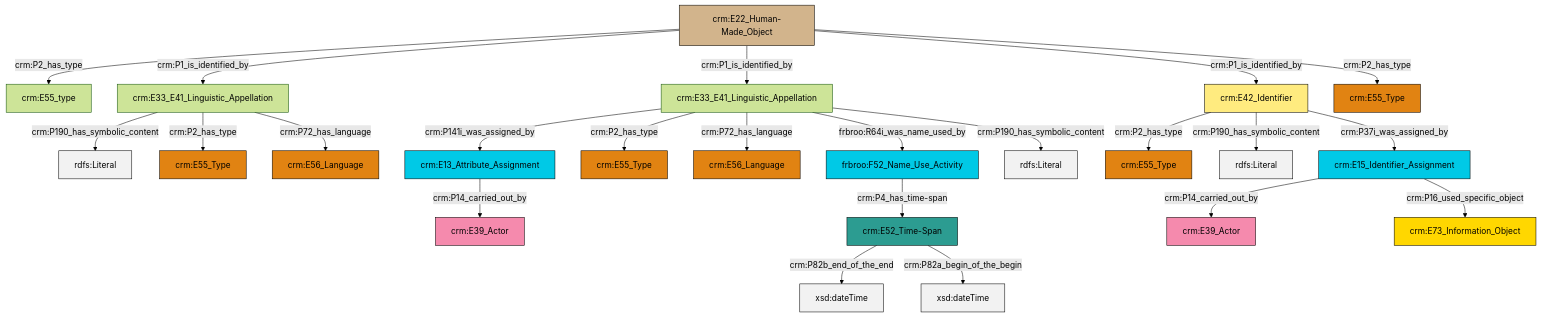
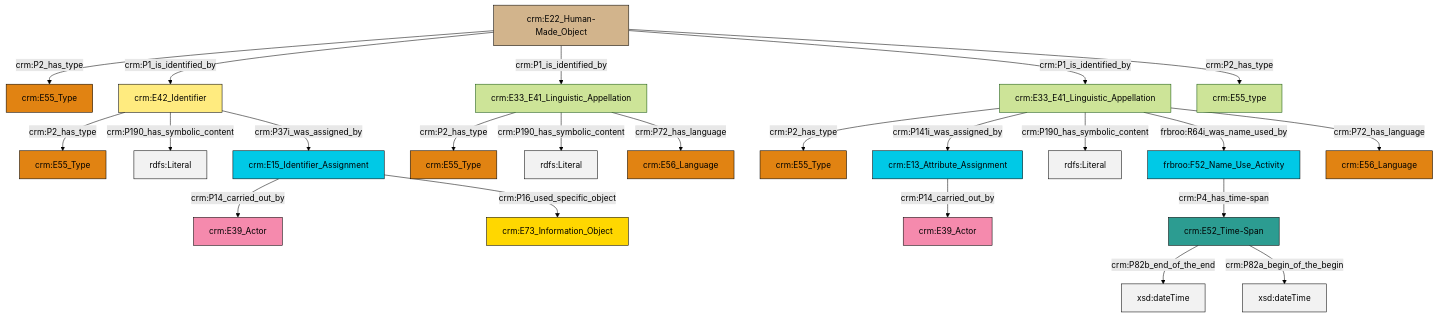
Before and after one commit to swiss-art-research-net/reference-data-models: the diagram in et/artworkCSV/ttl/mmd/Artwork_Name.ttl.mmd, drawn with Mermaid (forest theme). The commit also changed 125 other files, not shown here.

```diff
--- a/et/artworkCSV/ttl/mmd/Artwork_Name.ttl.mmd
+++ b/et/artworkCSV/ttl/mmd/Artwork_Name.ttl.mmd
@@ -1,37 +1,37 @@
 graph TD
 classDef Literal fill:#f2f2f2,stroke:#000000;
 classDef CRM_Entity fill:#FFFFFF,stroke:#000000;
 classDef Temporal_Entity fill:#00C9E6, stroke:#000000;
 classDef Type fill:#E18312, stroke:#000000;
 classDef Time-Span fill:#2C9C91, stroke:#000000;
 classDef Appellation fill:#FFEB7F, stroke:#000000;
 classDef Place fill:#008836, stroke:#000000;
 classDef Persistent_Item fill:#B266B2, stroke:#000000;
 classDef Conceptual_Object fill:#FFD700, stroke:#000000;
 classDef Physical_Thing fill:#D2B48C, stroke:#000000;
 classDef Actor fill:#f58aad, stroke:#000000;
 classDef PC_Classes fill:#4ce600, stroke:#000000;
 classDef Multi fill:#cccccc,stroke:#000000;
 
-0["crm:E15_Identifier_Assignment"]:::Temporal_Entity -->|crm:P14_carried_out_by| 1["crm:E39_Actor"]:::Actor
-2["crm:E33_E41_Linguistic_Appellation"]:::Default -->|crm:P190_has_symbolic_content| 3[rdfs:Literal]:::Literal
-0["crm:E15_Identifier_Assignment"]:::Temporal_Entity -->|crm:P16_used_specific_object| 4["crm:E73_Information_Object"]:::Conceptual_Object
-10["crm:E33_E41_Linguistic_Appellation"]:::Default -->|crm:P141i_was_assigned_by| 11["crm:E13_Attribute_Assignment"]:::Temporal_Entity
-11["crm:E13_Attribute_Assignment"]:::Temporal_Entity -->|crm:P14_carried_out_by| 17["crm:E39_Actor"]:::Actor
-20["frbroo:F52_Name_Use_Activity"]:::Temporal_Entity -->|crm:P4_has_time-span| 5["crm:E52_Time-Span"]:::Time-Span
-5["crm:E52_Time-Span"]:::Time-Span -->|crm:P82b_end_of_the_end| 23[xsd:dateTime]:::Literal
-8["crm:E22_Human-Made_Object"]:::Physical_Thing -->|crm:P2_has_type| 25["crm:E55_type"]:::Default
-10["crm:E33_E41_Linguistic_Appellation"]:::Default -->|crm:P2_has_type| 18["crm:E55_Type"]:::Type
-8["crm:E22_Human-Made_Object"]:::Physical_Thing -->|crm:P1_is_identified_by| 2["crm:E33_E41_Linguistic_Appellation"]:::Default
-28["crm:E42_Identifier"]:::Appellation -->|crm:P2_has_type| 26["crm:E55_Type"]:::Type
-5["crm:E52_Time-Span"]:::Time-Span -->|crm:P82a_begin_of_the_begin| 31[xsd:dateTime]:::Literal
-10["crm:E33_E41_Linguistic_Appellation"]:::Default -->|crm:P72_has_language| 13["crm:E56_Language"]:::Type
-10["crm:E33_E41_Linguistic_Appellation"]:::Default -->|frbroo:R64i_was_name_used_by| 20["frbroo:F52_Name_Use_Activity"]:::Temporal_Entity
-28["crm:E42_Identifier"]:::Appellation -->|crm:P190_has_symbolic_content| 33[rdfs:Literal]:::Literal
-2["crm:E33_E41_Linguistic_Appellation"]:::Default -->|crm:P2_has_type| 29["crm:E55_Type"]:::Type
-10["crm:E33_E41_Linguistic_Appellation"]:::Default -->|crm:P190_has_symbolic_content| 34[rdfs:Literal]:::Literal
-8["crm:E22_Human-Made_Object"]:::Physical_Thing -->|crm:P1_is_identified_by| 10["crm:E33_E41_Linguistic_Appellation"]:::Default
-8["crm:E22_Human-Made_Object"]:::Physical_Thing -->|crm:P1_is_identified_by| 28["crm:E42_Identifier"]:::Appellation
-8["crm:E22_Human-Made_Object"]:::Physical_Thing -->|crm:P2_has_type| 21["crm:E55_Type"]:::Type
-2["crm:E33_E41_Linguistic_Appellation"]:::Default -->|crm:P72_has_language| 15["crm:E56_Language"]:::Type
-28["crm:E42_Identifier"]:::Appellation -->|crm:P37i_was_assigned_by| 0["crm:E15_Identifier_Assignment"]:::Temporal_Entity
+0["crm:E22_Human-Made_Object"]:::Physical_Thing -->|crm:P2_has_type| 1["crm:E55_Type"]:::Type
+7["crm:E33_E41_Linguistic_Appellation"]:::Default -->|crm:P2_has_type| 3["crm:E55_Type"]:::Type
+8["crm:E33_E41_Linguistic_Appellation"]:::Default -->|crm:P2_has_type| 9["crm:E55_Type"]:::Type
+14["crm:E52_Time-Span"]:::Time-Span -->|crm:P82b_end_of_the_end| 15[xsd:dateTime]:::Literal
+19["crm:E42_Identifier"]:::Appellation -->|crm:P2_has_type| 12["crm:E55_Type"]:::Type
+19["crm:E42_Identifier"]:::Appellation -->|crm:P190_has_symbolic_content| 20[rdfs:Literal]:::Literal
+0["crm:E22_Human-Made_Object"]:::Physical_Thing -->|crm:P1_is_identified_by| 19["crm:E42_Identifier"]:::Appellation
+24["crm:E13_Attribute_Assignment"]:::Temporal_Entity -->|crm:P14_carried_out_by| 5["crm:E39_Actor"]:::Actor
+26["frbroo:F52_Name_Use_Activity"]:::Temporal_Entity -->|crm:P4_has_time-span| 14["crm:E52_Time-Span"]:::Time-Span
+0["crm:E22_Human-Made_Object"]:::Physical_Thing -->|crm:P1_is_identified_by| 7["crm:E33_E41_Linguistic_Appellation"]:::Default
+17["crm:E15_Identifier_Assignment"]:::Temporal_Entity -->|crm:P14_carried_out_by| 28["crm:E39_Actor"]:::Actor
+8["crm:E33_E41_Linguistic_Appellation"]:::Default -->|crm:P141i_was_assigned_by| 24["crm:E13_Attribute_Assignment"]:::Temporal_Entity
+19["crm:E42_Identifier"]:::Appellation -->|crm:P37i_was_assigned_by| 17["crm:E15_Identifier_Assignment"]:::Temporal_Entity
+8["crm:E33_E41_Linguistic_Appellation"]:::Default -->|crm:P190_has_symbolic_content| 29[rdfs:Literal]:::Literal
+14["crm:E52_Time-Span"]:::Time-Span -->|crm:P82a_begin_of_the_begin| 32[xsd:dateTime]:::Literal
+0["crm:E22_Human-Made_Object"]:::Physical_Thing -->|crm:P1_is_identified_by| 8["crm:E33_E41_Linguistic_Appellation"]:::Default
+8["crm:E33_E41_Linguistic_Appellation"]:::Default -->|frbroo:R64i_was_name_used_by| 26["frbroo:F52_Name_Use_Activity"]:::Temporal_Entity
+17["crm:E15_Identifier_Assignment"]:::Temporal_Entity -->|crm:P16_used_specific_object| 21["crm:E73_Information_Object"]:::Conceptual_Object
+0["crm:E22_Human-Made_Object"]:::Physical_Thing -->|crm:P2_has_type| 10["crm:E55_type"]:::Default
+8["crm:E33_E41_Linguistic_Appellation"]:::Default -->|crm:P72_has_language| 36["crm:E56_Language"]:::Type
+7["crm:E33_E41_Linguistic_Appellation"]:::Default -->|crm:P190_has_symbolic_content| 40[rdfs:Literal]:::Literal
+7["crm:E33_E41_Linguistic_Appellation"]:::Default -->|crm:P72_has_language| 34["crm:E56_Language"]:::Type
```
